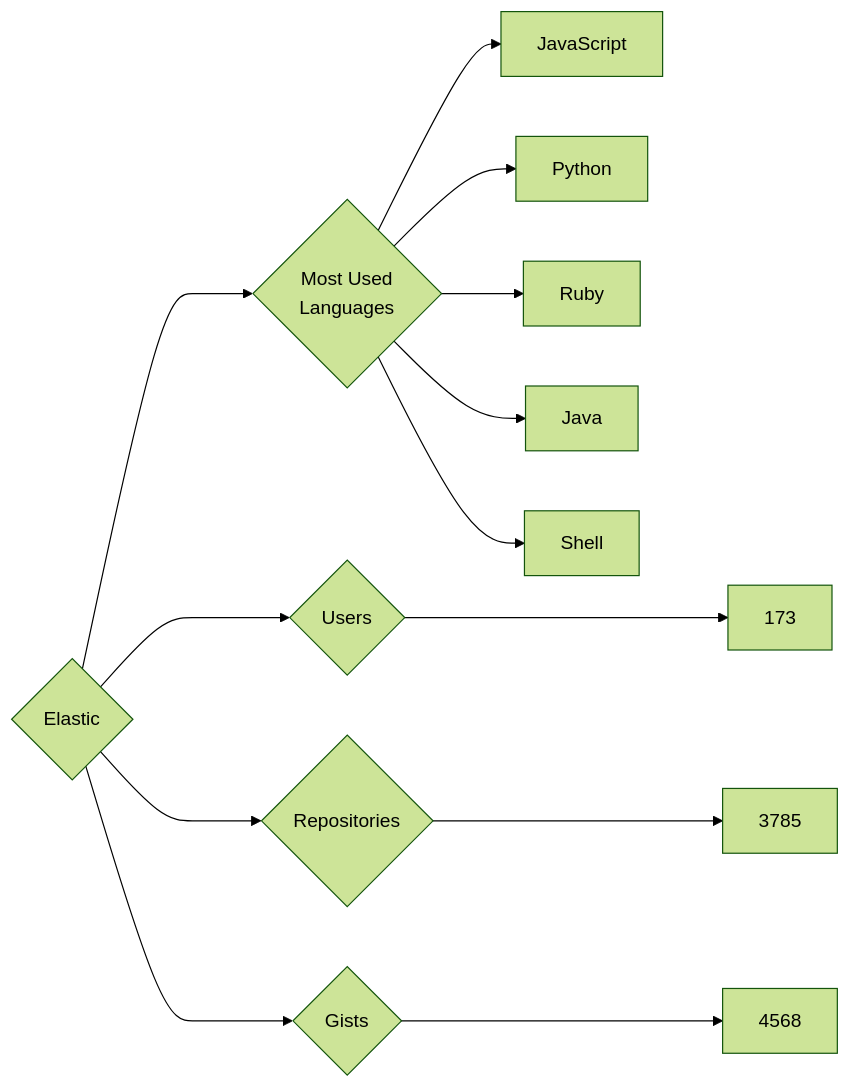
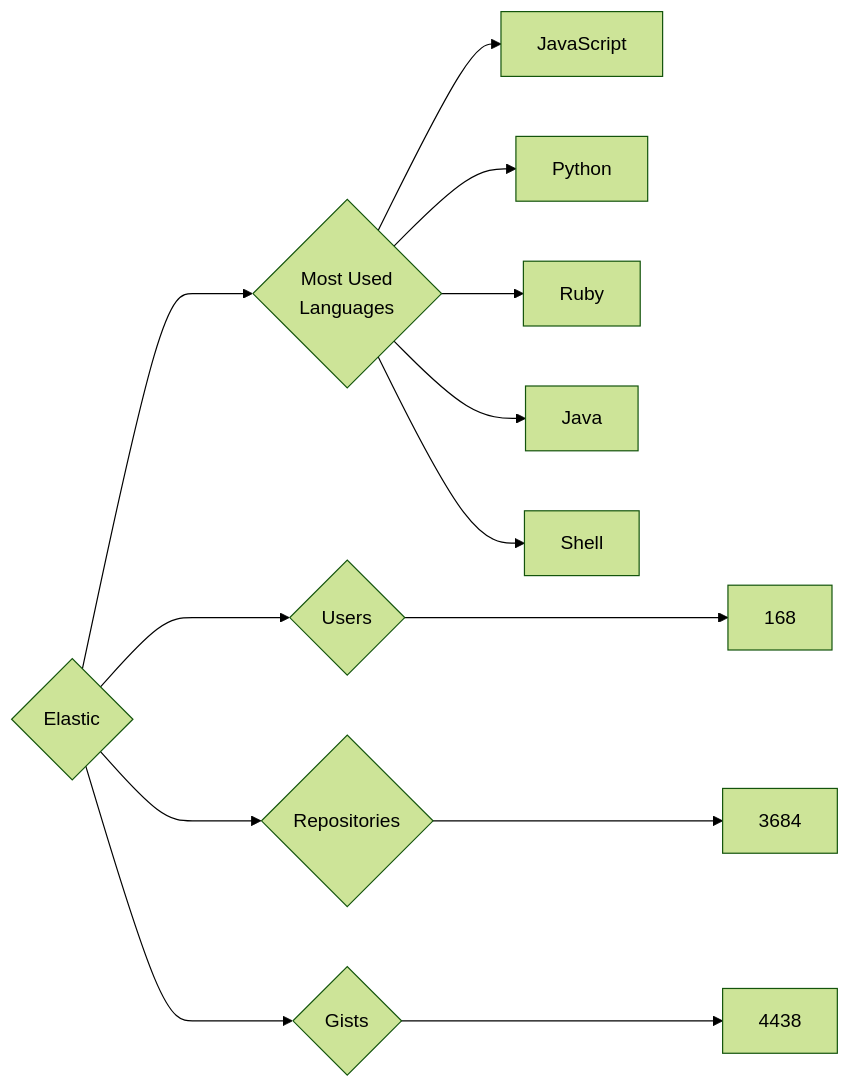
Before and after one commit to trickest/insiders: the diagram in targets/Elastic/README.md, drawn with Mermaid (forest theme). The commit also changed 935 other files, not shown here.

````diff
--- a/targets/Elastic/README.md
+++ b/targets/Elastic/README.md
@@ -3,13 +3,13 @@
 ```mermaid
 graph LR
 COMPANY_NAME{Elastic}
-COMPANY_NAME ---> U{Users} ---> UN[173]
-COMPANY_NAME ---> R{Repositories} ---> RN[3785]
-COMPANY_NAME ---> G{Gists} ---> GN[4568]
+COMPANY_NAME ---> U{Users} ---> UN[168]
+COMPANY_NAME ---> R{Repositories} ---> RN[3684]
+COMPANY_NAME ---> G{Gists} ---> GN[4438]
 COMPANY_NAME ---> ML{Most Used<br>Languages}
 ML --> JavaScript[JavaScript]
 ML --> Python[Python]
 ML --> Ruby[Ruby]
 ML --> Java[Java]
 ML --> Shell[Shell]
 ```
````
